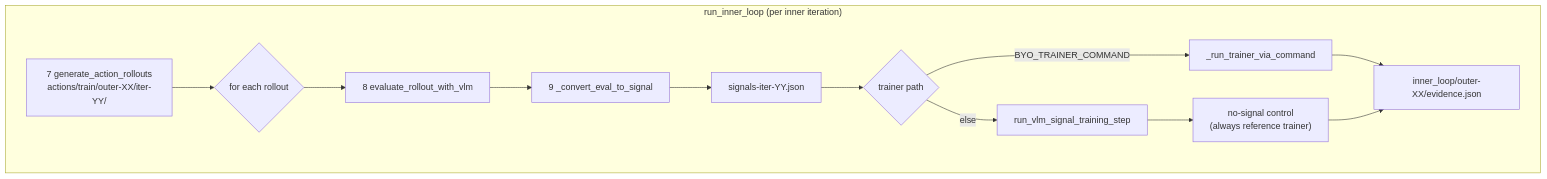
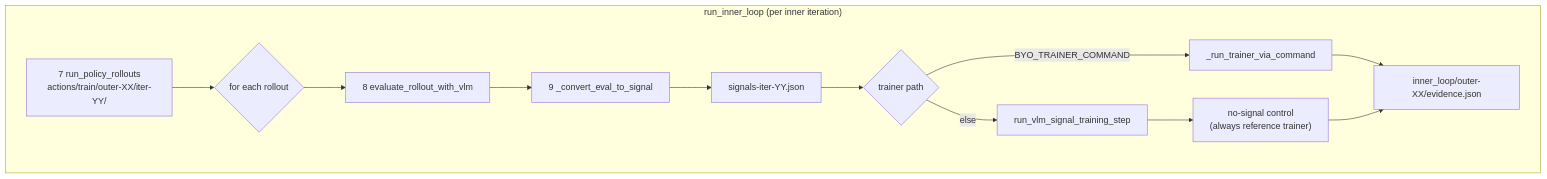
Before and after one commit to nebius/nebius-physical-ai: the fourth of 6 diagrams in docs/workbench/guides/sim2real-architecture.md, drawn with Mermaid. The commit also changed other lines of this file and 10 other files, not shown here.

````diff
--- a/docs/workbench/guides/sim2real-architecture.md
+++ b/docs/workbench/guides/sim2real-architecture.md
@@ -122,16 +126,16 @@
 ```mermaid
 flowchart TD
   subgraph inner["run_inner_loop (per inner iteration)"]
-    AR["7 generate_action_rollouts<br/>actions/train/outer-XX/iter-YY/"]
+    AR["7 run_policy_rollouts<br/>actions/train/outer-XX/iter-YY/"]
     AR --> PER{"for each rollout"}
     PER --> VLM["8 evaluate_rollout_with_vlm"]
     VLM --> SIG["9 _convert_eval_to_signal"]
     SIG --> BATCH["signals-iter-YY.json"]
     BATCH --> TRAIN{"trainer path"}
     TRAIN -->|BYO_TRAINER_COMMAND| BYOT["_run_trainer_via_command"]
     TRAIN -->|else| REF["run_vlm_signal_training_step"]
     REF --> CTRL["no-signal control<br/>(always reference trainer)"]
     BYOT --> EVID
     CTRL --> EVID["inner_loop/outer-XX/evidence.json"]
   end
 ```
````
